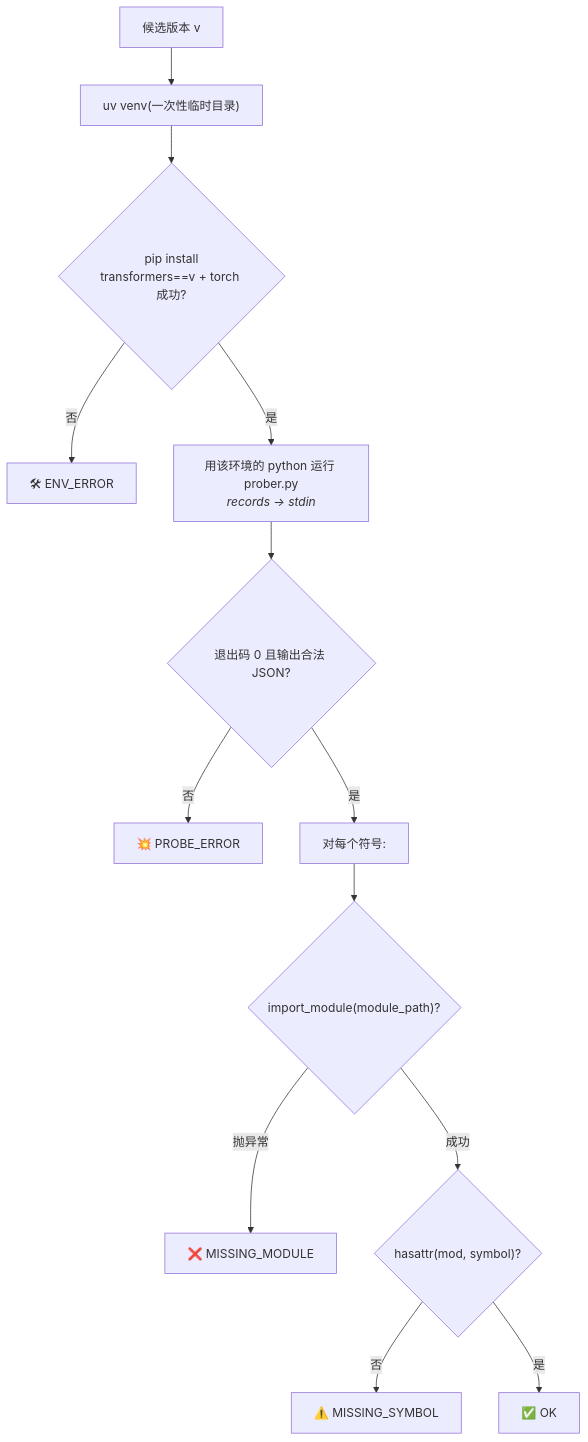
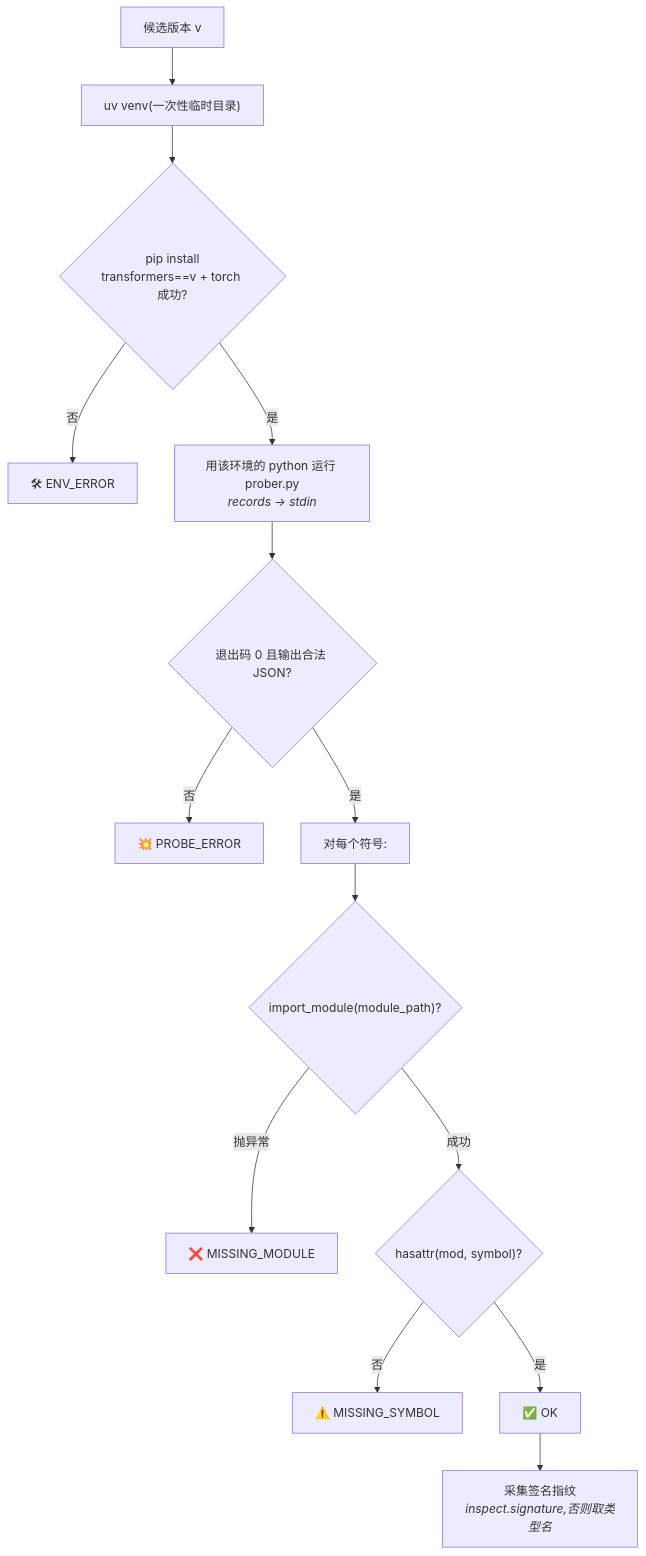
One commit to joe0731/modelopt_ptq_transformers_doctor changed the seventh of 8 diagrams in README.md. Above: the diagram before and after it, drawn with Mermaid. The commit also changed other lines of this file, not shown here.

Commit message:
docs: document signature-drift detection + richer reference capture (v0.2.0)

````diff
--- a/README.md
+++ b/README.md
@@ -300,15 +314,16 @@
 ```mermaid
 flowchart TD
     version["候选版本 v"] --> make_venv["uv venv(一次性临时目录)"]
     make_venv --> install_check{"pip install<br/>transformers==v + torch 成功?"}
     install_check -->|否| env_error["🛠 ENV_ERROR"]
     install_check -->|是| run_prober["用该环境的 python 运行 prober.py<br/><i>records → stdin</i>"]
     run_prober --> output_check{"退出码 0 且输出合法 JSON?"}
     output_check -->|否| probe_error["💥 PROBE_ERROR"]
     output_check -->|是| per_symbol["对每个符号:"]
     per_symbol --> import_check{"import_module(module_path)?"}
     import_check -->|抛异常| missing_module["❌ MISSING_MODULE"]
     import_check -->|成功| hasattr_check{"hasattr(mod, symbol)?"}
     hasattr_check -->|否| missing_symbol["⚠️ MISSING_SYMBOL"]
     hasattr_check -->|是| status_ok["✅ OK"]
+    status_ok --> fingerprint["采集签名指纹<br/><i>inspect.signature,否则取类型名</i>"]
 ```
````
